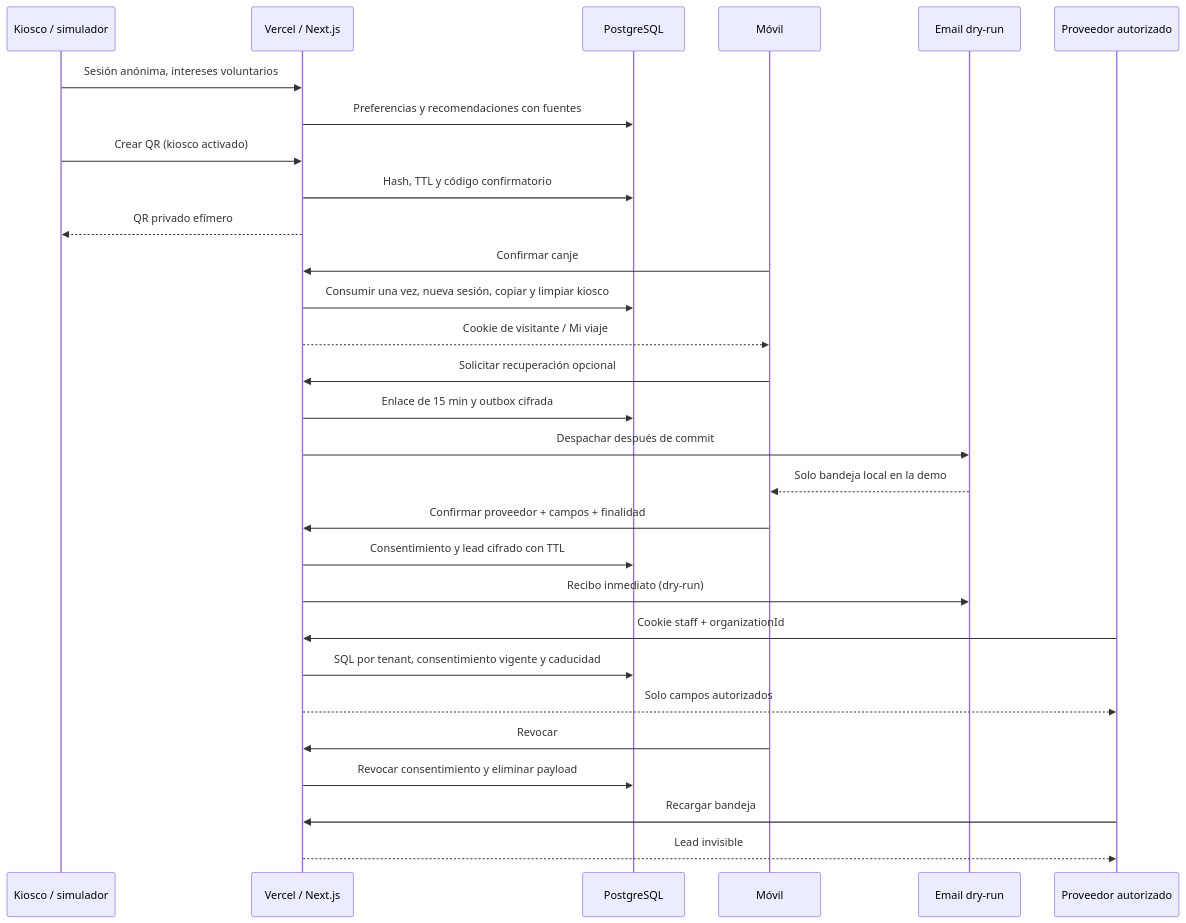
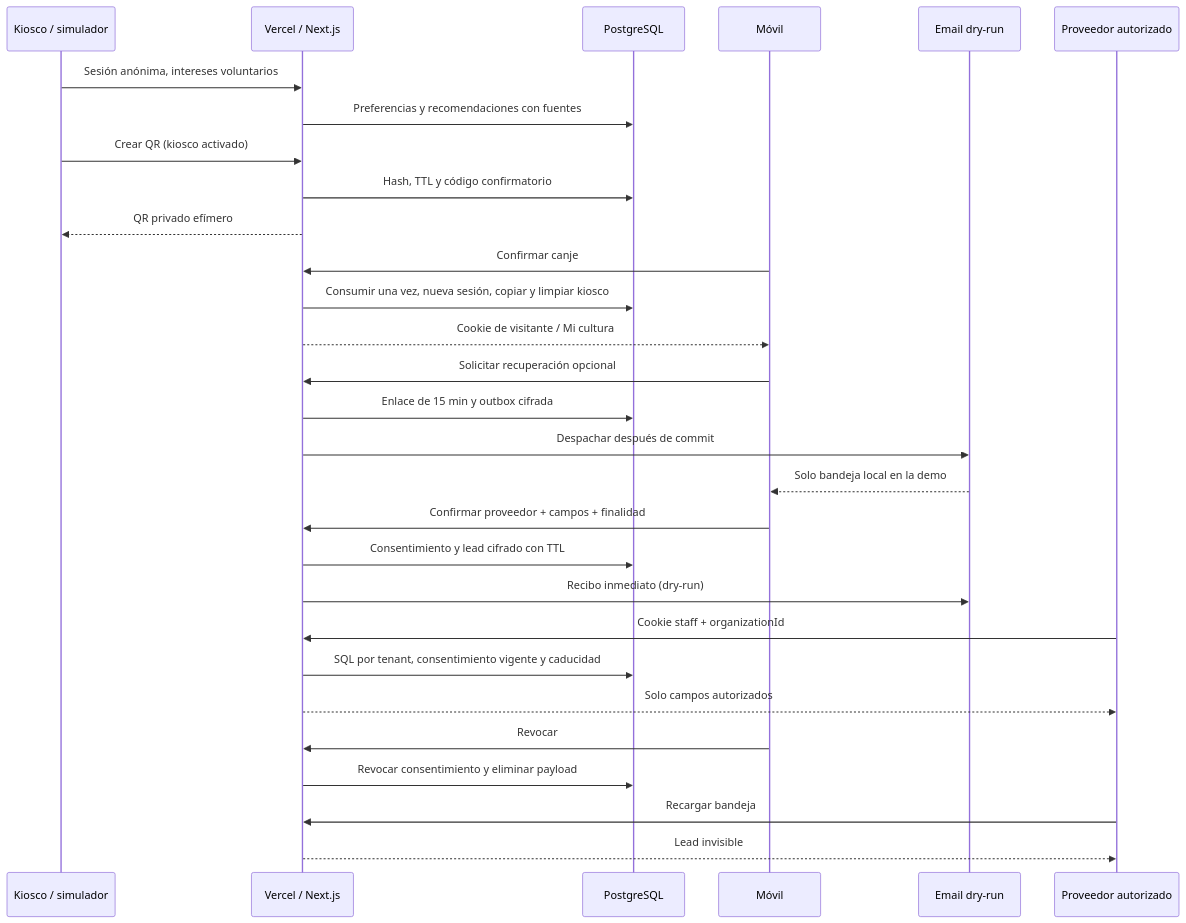
One commit to Giro-code/ary-the-parrot changed the diagram in docs/WRO_TECH_DIAGRAM.md. Above: the diagram before and after it, drawn with Mermaid. The commit also changed 432 other files, not shown here.

````diff
--- a/docs/WRO_TECH_DIAGRAM.md
+++ b/docs/WRO_TECH_DIAGRAM.md
@@ -3,31 +3,31 @@
 ```mermaid
 sequenceDiagram
   participant K as Kiosco / simulador
   participant V as Vercel / Next.js
   participant D as PostgreSQL
   participant M as Móvil
   participant E as Email dry-run
   participant P as Proveedor autorizado
   K->>V: Sesión anónima, intereses voluntarios
   V->>D: Preferencias y recomendaciones con fuentes
   K->>V: Crear QR (kiosco activado)
   V->>D: Hash, TTL y código confirmatorio
   V-->>K: QR privado efímero
   M->>V: Confirmar canje
   V->>D: Consumir una vez, nueva sesión, copiar y limpiar kiosco
-  V-->>M: Cookie de visitante / Mi viaje
+  V-->>M: Cookie de visitante / Mi cultura
   M->>V: Solicitar recuperación opcional
   V->>D: Enlace de 15 min y outbox cifrada
   V->>E: Despachar después de commit
   E-->>M: Solo bandeja local en la demo
   M->>V: Confirmar proveedor + campos + finalidad
   V->>D: Consentimiento y lead cifrado con TTL
   V->>E: Recibo inmediato (dry-run)
   P->>V: Cookie staff + organizationId
   V->>D: SQL por tenant, consentimiento vigente y caducidad
   V-->>P: Solo campos autorizados
   M->>V: Revocar
   V->>D: Revocar consentimiento y eliminar payload
   P->>V: Recargar bandeja
   V-->>P: Lead invisible
 ```
````
